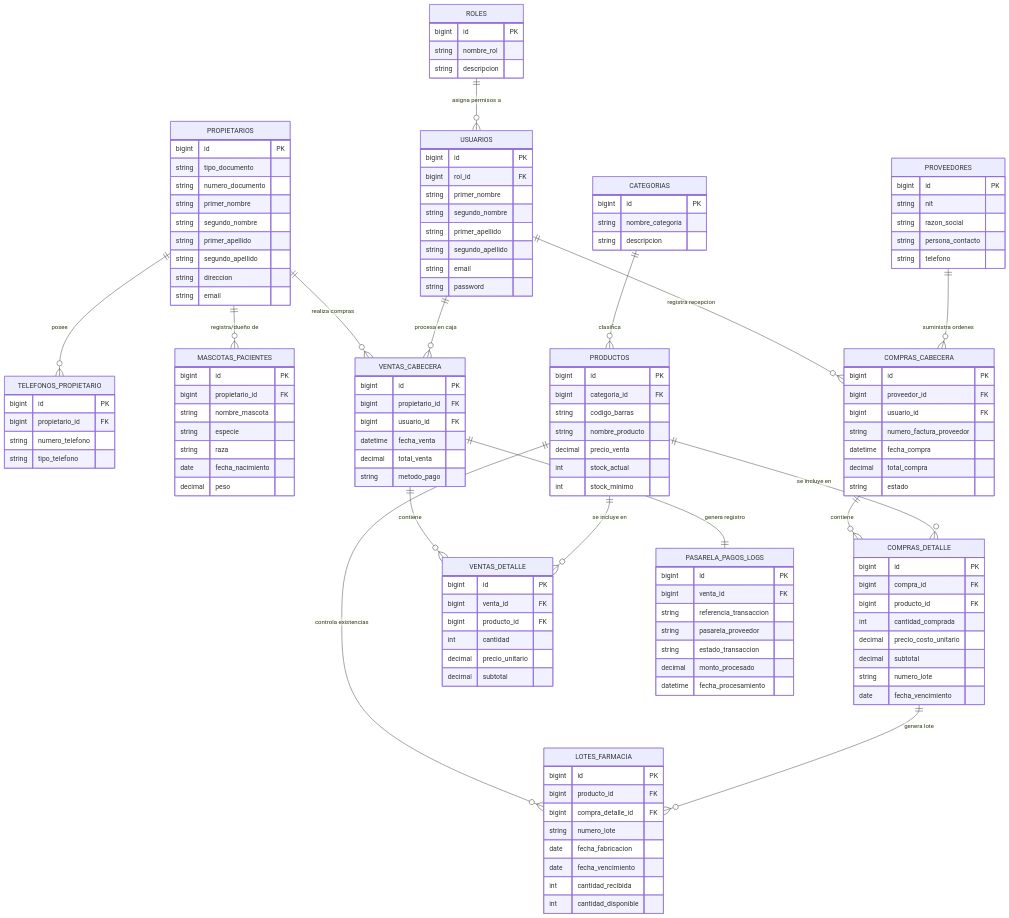
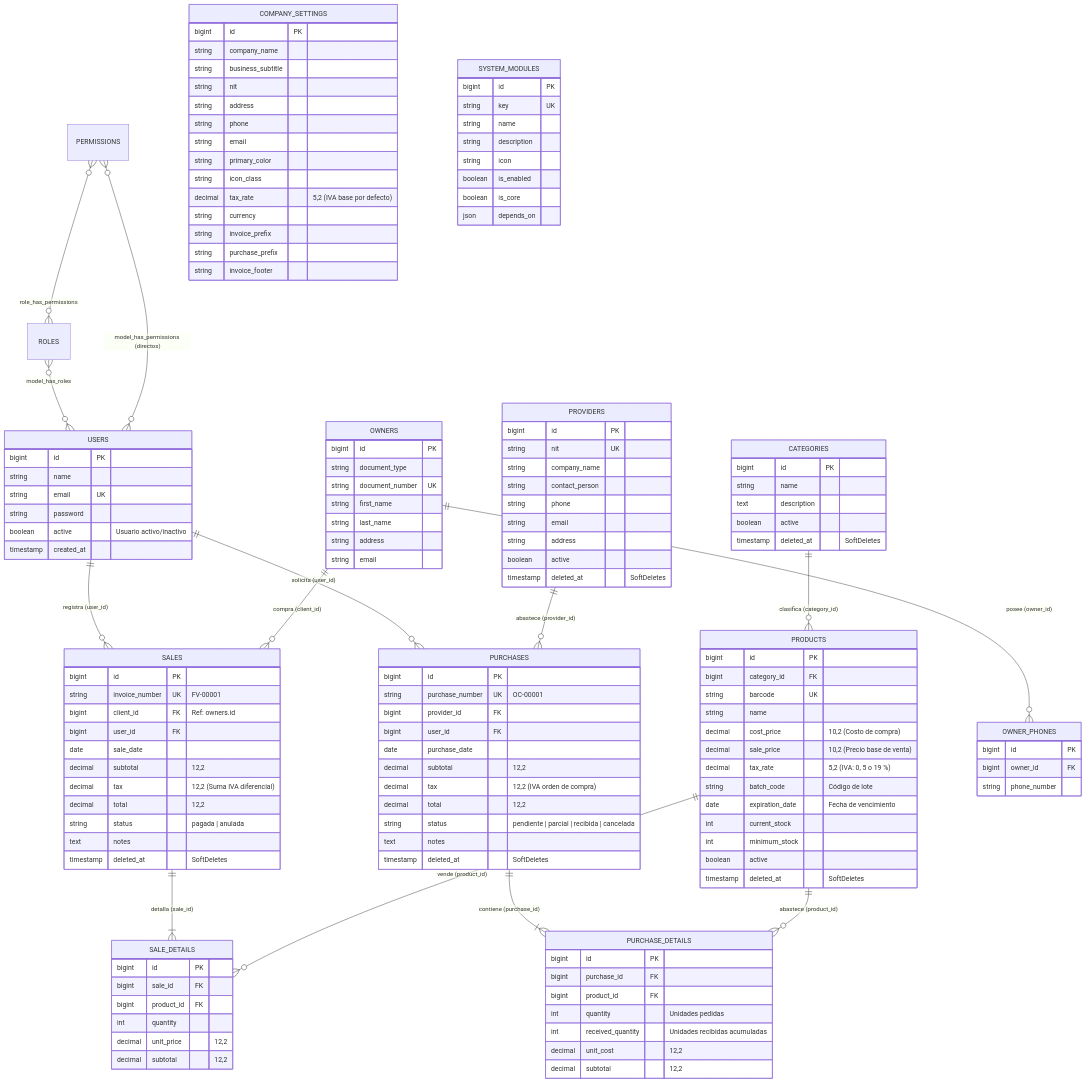
The diagram in docs/diagrama_mer.md (moliech/ERP_Veterinaria), drawn with Mermaid before and after one commit. The commit also changed other lines of this file and 15 other files, not shown here.

````diff
--- a/docs/diagrama_mer.md
+++ b/docs/diagrama_mer.md
@@ -3,148 +3,155 @@
 ```mermaid
 erDiagram
-    ROLES ||--o{ USUARIOS : "asigna permisos a"
-    PROPIETARIOS ||--o{ TELEFONOS_PROPIETARIO : "posee"
-    PROPIETARIOS ||--o{ MASCOTAS_PACIENTES : "registra/dueño de"
-    PROPIETARIOS ||--o{ VENTAS_CABECERA : "realiza compras"
-    USUARIOS ||--o{ VENTAS_CABECERA : "procesa en caja"
-    USUARIOS ||--o{ COMPRAS_CABECERA : "registra recepcion"
-    CATEGORIAS ||--o{ PRODUCTOS : "clasifica"
-    PRODUCTOS ||--o{ LOTES_FARMACIA : "controla existencias"
-    PROVEEDORES ||--o{ COMPRAS_CABECERA : "suministra ordenes"
-    COMPRAS_CABECERA ||--o{ COMPRAS_DETALLE : "contiene"
-    PRODUCTOS ||--o{ COMPRAS_DETALLE : "se incluye en"
-    COMPRAS_DETALLE ||--o{ LOTES_FARMACIA : "genera lote"
-    VENTAS_CABECERA ||--o{ VENTAS_DETALLE : "contiene"
-    PRODUCTOS ||--o{ VENTAS_DETALLE : "se incluye en"
-    VENTAS_CABECERA ||--|| PASARELA_PAGOS_LOGS : "genera registro"
+    USERS ||--o{ SALES : "registra (user_id)"
+    USERS ||--o{ PURCHASES : "solicita (user_id)"
+    ROLES }o--o{ USERS : "model_has_roles"
+    PERMISSIONS }o--o{ ROLES : "role_has_permissions"
+    PERMISSIONS }o--o{ USERS : "model_has_permissions (directos)"
 
-    ROLES {
+    CATEGORIES ||--o{ PRODUCTS : "clasifica (category_id)"
+    OWNERS ||--o{ OWNER_PHONES : "posee (owner_id)"
+    OWNERS ||--o{ SALES : "compra (client_id)"
+
+    PROVIDERS ||--o{ PURCHASES : "abastece (provider_id)"
+    PURCHASES ||--|{ PURCHASE_DETAILS : "contiene (purchase_id)"
+    PRODUCTS ||--o{ PURCHASE_DETAILS : "abastece (product_id)"
+
+    SALES ||--|{ SALE_DETAILS : "detalla (sale_id)"
+    PRODUCTS ||--o{ SALE_DETAILS : "vende (product_id)"
+
+    USERS {
         bigint id PK
-        string nombre_rol
-        string descripcion
+        string name
+        string email UK
+        string password
+        boolean active "Usuario activo/inactivo"
+        timestamp created_at
     }
 
-    USUARIOS {
+    CATEGORIES {
         bigint id PK
-        bigint rol_id FK
-        string primer_nombre
-        string segundo_nombre
-        string primer_apellido
-        string segundo_apellido
-        string email
-        string password
+        string name
+        text description
+        boolean active
+        timestamp deleted_at "SoftDeletes"
     }
 
-    PROPIETARIOS {
+    PRODUCTS {
         bigint id PK
-        string tipo_documento
-        string numero_documento
-        string primer_nombre
-        string segundo_nombre
-        string primer_apellido
-        string segundo_apellido
-        string direccion
+        bigint category_id FK
+        string barcode UK
+        string name
+        decimal cost_price "10,2 (Costo de compra)"
+        decimal sale_price "10,2 (Precio base de venta)"
+        decimal tax_rate "5,2 (IVA: 0, 5 o 19 %)"
+        string batch_code "Código de lote"
+        date expiration_date "Fecha de vencimiento"
+        int current_stock
+        int minimum_stock
+        boolean active
+        timestamp deleted_at "SoftDeletes"
+    }
+
+    OWNERS {
+        bigint id PK
+        string document_type
+        string document_number UK
+        string first_name
+        string last_name
+        string address
         string email
     }
 
-    TELEFONOS_PROPIETARIO {
+    OWNER_PHONES {
         bigint id PK
-        bigint propietario_id FK
-        string numero_telefono
-        string tipo_telefono
+        bigint owner_id FK
+        string phone_number
     }
 
-    MASCOTAS_PACIENTES {
+    PROVIDERS {
         bigint id PK
-        bigint propietario_id FK
-        string nombre_mascota
-        string especie
-        string raza
-        date fecha_nacimiento
-        decimal peso
+        string nit UK
+        string company_name
+        string contact_person
+        string phone
+        string email
+        string address
+        boolean active
+        timestamp deleted_at "SoftDeletes"
     }
 
-    CATEGORIAS {
+    PURCHASES {
         bigint id PK
-        string nombre_categoria
-        string descripcion
+        string purchase_number UK "OC-00001"
+        bigint provider_id FK
+        bigint user_id FK
+        date purchase_date
+        decimal subtotal "12,2"
+        decimal tax "12,2 (IVA orden de compra)"
+        decimal total "12,2"
+        string status "pendiente | parcial | recibida | cancelada"
+        text notes
+        timestamp deleted_at "SoftDeletes"
     }
 
-    PRODUCTOS {
+    PURCHASE_DETAILS {
         bigint id PK
-        bigint categoria_id FK
-        string codigo_barras
-        string nombre_producto
-        decimal precio_venta
-        int stock_actual
-        int stock_minimo
+        bigint purchase_id FK
+        bigint product_id FK
+        int quantity "Unidades pedidas"
+        int received_quantity "Unidades recibidas acumuladas"
+        decimal unit_cost "12,2"
+        decimal subtotal "12,2"
     }
 
-    PROVEEDORES {
+    SALES {
         bigint id PK
-        string nit
-        string razon_social
-        string persona_contacto
-        string telefono
+        string invoice_number UK "FV-00001"
+        bigint client_id FK "Ref: owners.id"
+        bigint user_id FK
+        date sale_date
+        decimal subtotal "12,2"
+        decimal tax "12,2 (Suma IVA diferencial)"
+        decimal total "12,2"
+        string status "pagada | anulada"
+        text notes
+        timestamp deleted_at "SoftDeletes"
     }
 
-    COMPRAS_CABECERA {
+    SALE_DETAILS {
         bigint id PK
-        bigint proveedor_id FK
-        bigint usuario_id FK
-        string numero_factura_proveedor
-        datetime fecha_compra
-        decimal total_compra
-        string estado
+        bigint sale_id FK
+        bigint product_id FK
+        int quantity
+        decimal unit_price "12,2"
+        decimal subtotal "12,2"
     }
 
-    COMPRAS_DETALLE {
+    COMPANY_SETTINGS {
         bigint id PK
-        bigint compra_id FK
-        bigint producto_id FK
-        int cantidad_comprada
-        decimal precio_costo_unitario
-        decimal subtotal
-        string numero_lote
-        date fecha_vencimiento
+        string company_name
+        string business_subtitle
+        string nit
+        string address
+        string phone
+        string email
+        string primary_color
+        string icon_class
+        decimal tax_rate "5,2 (IVA base por defecto)"
+        string currency
+        string invoice_prefix
+        string purchase_prefix
+        string invoice_footer
     }
 
-    LOTES_FARMACIA {
+    SYSTEM_MODULES {
         bigint id PK
-        bigint producto_id FK
-        bigint compra_detalle_id FK
-        string numero_lote
-        date fecha_fabricacion
-        date fecha_vencimiento
-        int cantidad_recibida
-        int cantidad_disponible
-    }
-
-    VENTAS_CABECERA {
-        bigint id PK
-        bigint propietario_id FK
-        bigint usuario_id FK
-        datetime fecha_venta
-        decimal total_venta
-        string metodo_pago
-    }
-
-    VENTAS_DETALLE {
-        bigint id PK
-        bigint venta_id FK
-        bigint producto_id FK
-        int cantidad
-        decimal precio_unitario
-        decimal subtotal
-    }
-
-    PASARELA_PAGOS_LOGS {
-        bigint id PK
-        bigint venta_id FK
-        string referencia_transaccion
-        string pasarela_proveedor
-        string estado_transaccion
-        decimal monto_procesado
-        datetime fecha_procesamiento
+        string key UK
+        string name
+        string description
+        string icon
+        boolean is_enabled
+        boolean is_core
+        json depends_on
     }
 ```
````
